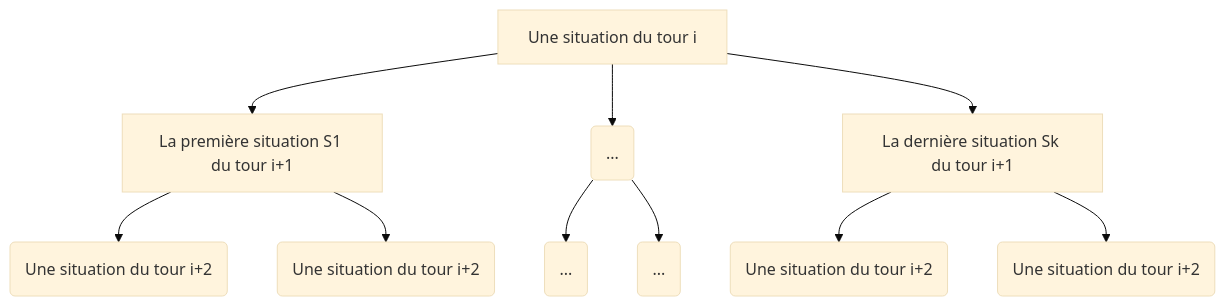
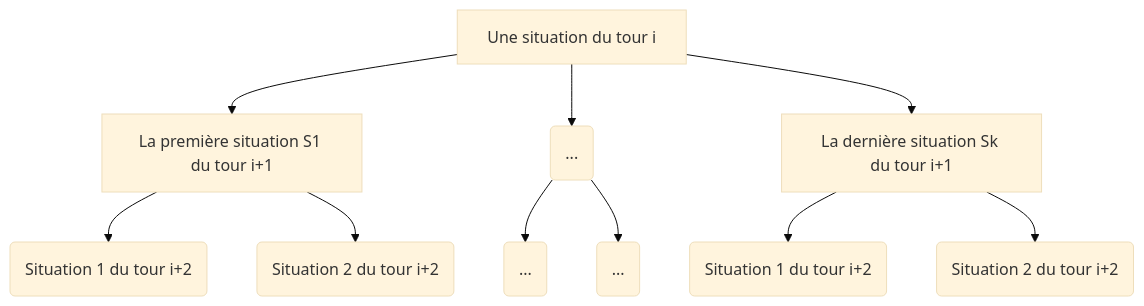
One commit to Dovalek/TIPE changed the diagram in README.md. Above: the diagram before and after it, drawn with Mermaid (base theme). The commit also changed other lines of this file, not shown here.

````diff
--- a/README.md
+++ b/README.md
@@ -57,13 +57,13 @@
 ```mermaid
 graph TD
 A[Une situation du tour i]
 A-->B[La première situation S1 du tour i+1]
 A-->C(...)
 C-->E(...)
 C-->Z(...)
 A-->D[La dernière situation Sk du tour i+1]
-D-->F(Une situation du tour i+2)
-D-->G(Une situation du tour i+2)
-B-->H(Une situation du tour i+2)
-B-->K(Une situation du tour i+2)
+D-->F(Situation 1 du tour i+2)
+D-->G(Situation 2  du tour i+2)
+B-->H(Situation 1 du tour i+2)
+B-->K(Situation 2 du tour i+2)
 ```
````
